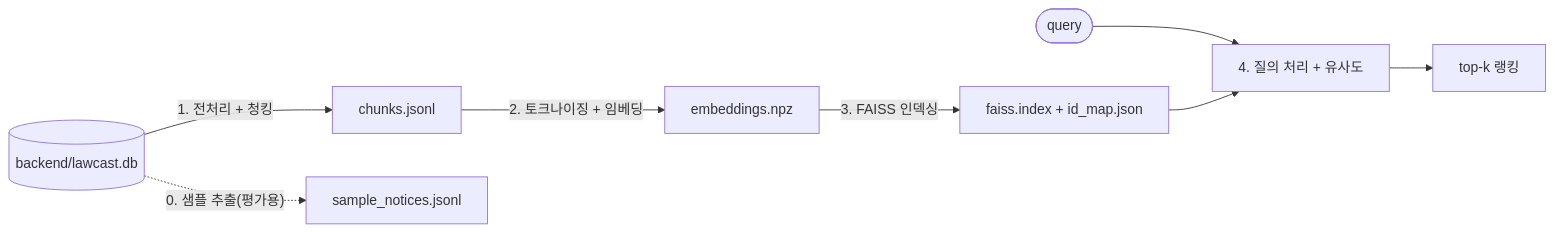
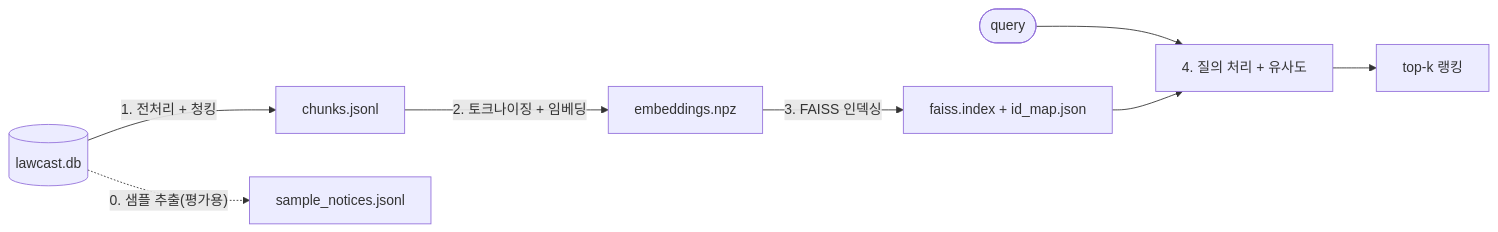
The diagram in README.md (vientofactory/semantic-search), drawn with Mermaid before and after one commit. The commit also changed other lines of this file and 5 other files, not shown here.

````diff
--- a/README.md
+++ b/README.md
@@ -14,10 +12,10 @@
 ```mermaid
 flowchart LR
-    db[("backend/lawcast.db")] -->|1. 전처리 + 청킹| chunks["chunks.jsonl"]
+    db[("lawcast.db")] -->|1. 전처리 + 청킹| chunks["chunks.jsonl"]
     db -.->|"0. 샘플 추출(평가용)"| sample["sample_notices.jsonl"]
     chunks -->|2. 토크나이징 + 임베딩| emb["embeddings.npz"]
     emb -->|3. FAISS 인덱싱| idx["faiss.index + id_map.json"]
     query(["query"]) --> search["4. 질의 처리 + 유사도"]
     idx --> search
     search --> result["top-k 랭킹"]
 ```
````
